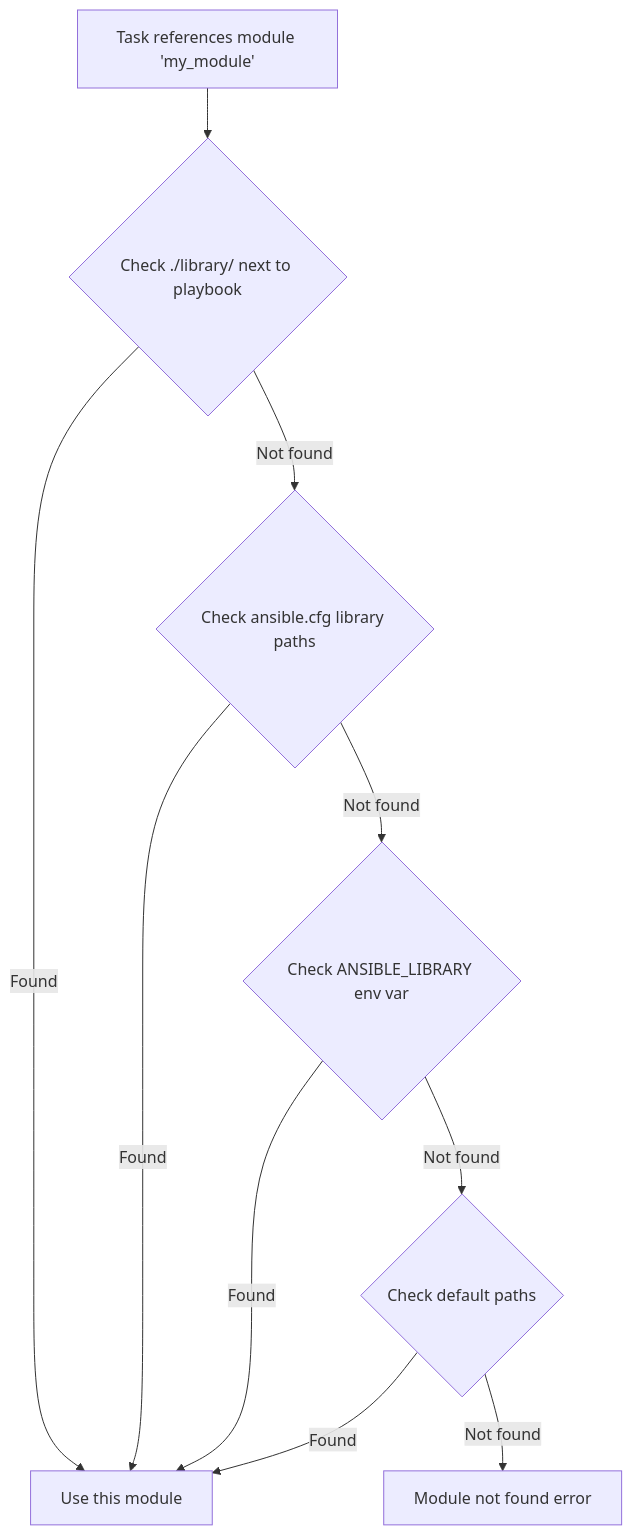
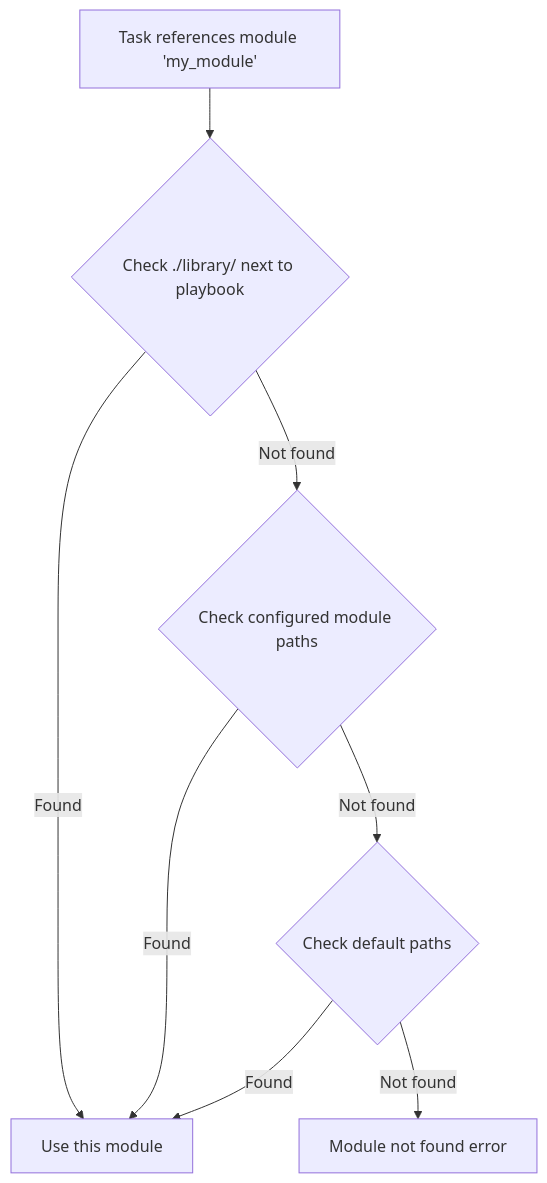
One commit to OneUptime/blog changed the diagram in posts/2026-02-21-ansible-custom-module-path/README.md. Above: the diagram before and after it, drawn with Mermaid. The commit also changed other lines of this file and 2 other files, not shown here.

Commit message:
validate: 2026-02-21-ansible-custom-module-path

````diff
--- a/posts/2026-02-21-ansible-custom-module-path/README.md
+++ b/posts/2026-02-21-ansible-custom-module-path/README.md
@@ -24,12 +23,10 @@
 ```mermaid
 flowchart TD
     A[Task references module 'my_module'] --> B{Check ./library/ next to playbook}
     B -->|Found| G[Use this module]
-    B -->|Not found| C{Check ansible.cfg library paths}
+    B -->|Not found| C{Check configured module paths}
     C -->|Found| G
-    C -->|Not found| D{Check ANSIBLE_LIBRARY env var}
+    C -->|Not found| D{Check default paths}
     D -->|Found| G
-    D -->|Not found| E{Check default paths}
-    E -->|Found| G
-    E -->|Not found| F[Module not found error]
+    D -->|Not found| E[Module not found error]
 ```
````
